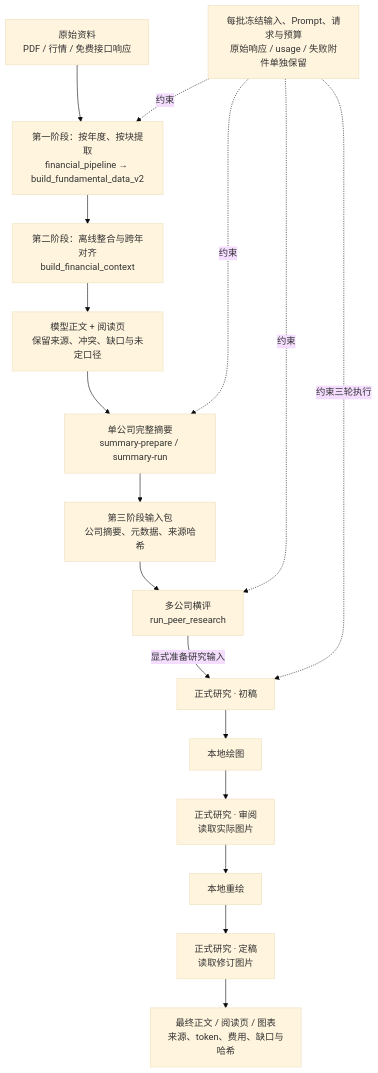
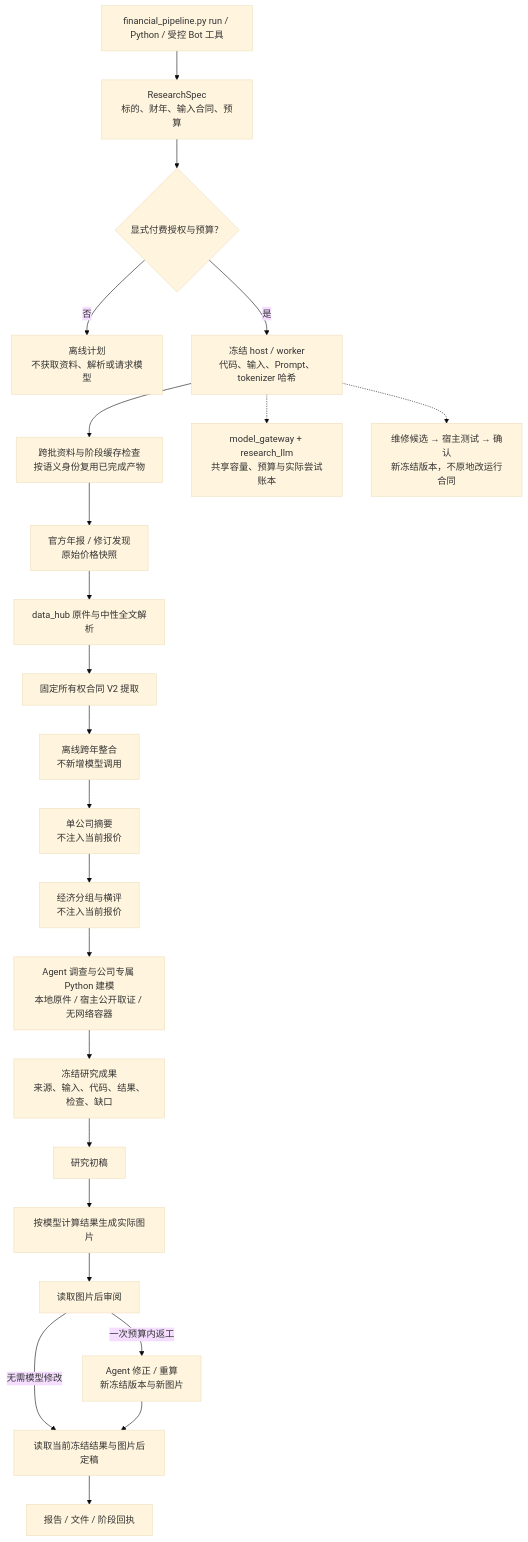
One commit to Saltflow/trade_eyes_keeper changed the sixth of 7 diagrams in docs/architecture_overview.md. Above: the diagram before and after it, drawn with Mermaid (base theme). The commit also changed other lines of this file, not shown here.

Commit message:
docs: update architecture diagrams and production boundaries (20261103 架构总览)

````diff
--- a/docs/architecture_overview.md
+++ b/docs/architecture_overview.md
@@ -340,27 +215,25 @@
 ```mermaid
 flowchart TB
-    RAW["原始资料<br/>PDF / 行情 / 免费接口响应"]
-    EXTRACT["第一阶段：按年度、按块提取<br/>financial_pipeline → build_fundamental_data_v2"]
-    ALIGN["第二阶段：离线整合与跨年对齐<br/>build_financial_context"]
-    CONTEXT["模型正文 + 阅读页<br/>保留来源、冲突、缺口与未定口径"]
-    SUMMARY["单公司完整摘要<br/>summary-prepare / summary-run"]
-    HANDOFF["第三阶段输入包<br/>公司摘要、元数据、来源哈希"]
-    PEER["多公司横评<br/>run_peer_research"]
-    DRAFT["正式研究 · 初稿"]
-    DRAW["本地绘图"]
-    REVIEW["正式研究 · 审阅<br/>读取实际图片"]
-    REDRAW["本地重绘"]
-    FINAL["正式研究 · 定稿<br/>读取修订图片"]
-    DELIVERY["最终正文 / 阅读页 / 图表<br/>来源、token、费用、缺口与哈希"]
-
-    RAW --> EXTRACT --> ALIGN --> CONTEXT
-    CONTEXT --> SUMMARY --> HANDOFF --> PEER
-    PEER -->|显式准备研究输入| DRAFT
-    DRAFT --> DRAW --> REVIEW --> REDRAW --> FINAL --> DELIVERY
-
-    CONTRACT["每批冻结输入、Prompt、请求与预算<br/>原始响应 / usage / 失败附件单独保留"]
-    CONTRACT -.约束.-> EXTRACT
-    CONTRACT -.约束.-> SUMMARY
-    CONTRACT -.约束.-> PEER
-    CONTRACT -.约束三轮执行.-> DRAFT
+    ENTRY["financial_pipeline.py run / Python / 受控 Bot 工具"] --> SPEC["ResearchSpec<br/>标的、财年、输入合同、预算"]
+    SPEC --> PLAN{"显式付费授权与预算？"}
+    PLAN -->|否| OFFLINE["离线计划<br/>不获取资料、解析或请求模型"]
+    PLAN -->|是| HOST["冻结 host / worker<br/>代码、输入、Prompt、tokenizer 哈希"]
+    HOST --> CACHE["跨批资料与阶段缓存检查<br/>按语义身份复用已完成产物"]
+    CACHE --> SOURCE["官方年报 / 修订发现<br/>原始价格快照"]
+    SOURCE --> HUB["data_hub 原件与中性全文解析"]
+    HUB --> EXTRACT["固定所有权合同 V2 提取"]
+    EXTRACT --> ALIGN["离线跨年整合<br/>不新增模型调用"]
+    ALIGN --> SUMMARY["单公司摘要<br/>不注入当前报价"]
+    SUMMARY --> PEER["经济分组与横评<br/>不注入当前报价"]
+    PEER --> AGENT["Agent 调查与公司专属 Python 建模<br/>本地原件 / 宿主公开取证 / 无网络容器"]
+    AGENT --> FREEZE["冻结研究成果<br/>来源、输入、代码、结果、检查、缺口"]
+    FREEZE --> DRAFT["研究初稿"]
+    DRAFT --> CHART1["按模型计算结果生成实际图片"]
+    CHART1 --> REVIEW["读取图片后审阅"]
+    REVIEW -->|无需模型修改| FINAL["读取当前冻结结果与图片后定稿"]
+    REVIEW -->|一次预算内返工| REWORK["Agent 修正 / 重算<br/>新冻结版本与新图片"]
+    REWORK --> FINAL
+    FINAL --> ARTIFACTS["报告 / 文件 / 阶段回执"]
+    HOST -.-> GATEWAY["model_gateway + research_llm<br/>共享容量、预算与实际尝试账本"]
+    HOST -.-> REPAIR["维修候选 → 宿主测试 → 确认<br/>新冻结版本，不原地改运行合同"]
 ```
````
